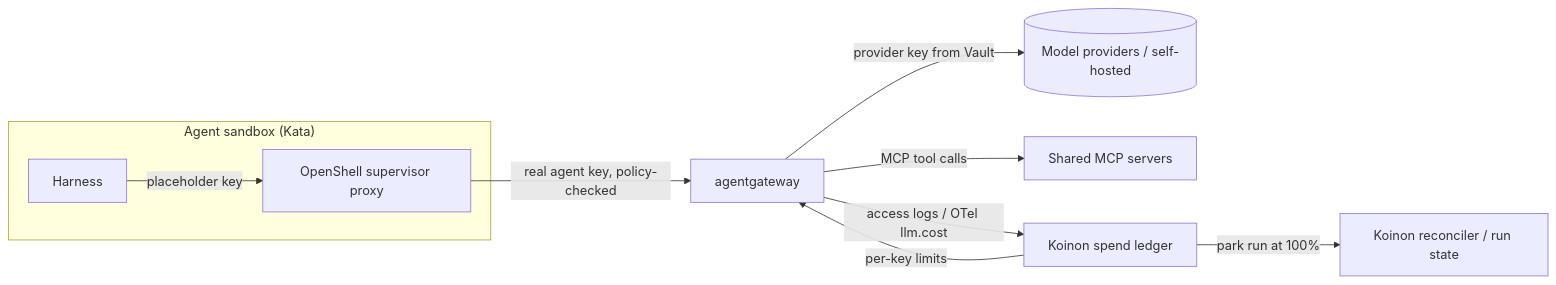
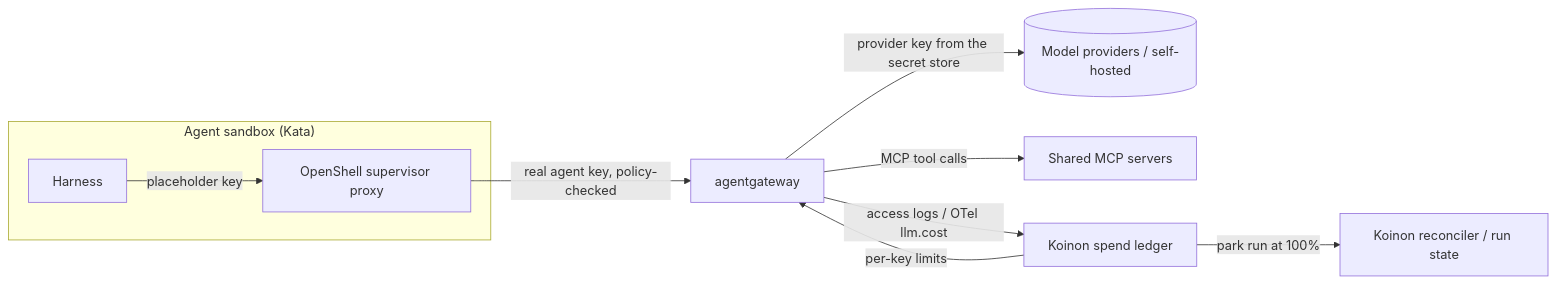
One commit to stateracloud/koinon changed the diagram in docs/adr/0040-agentgateway-model-and-mcp-gateway.md. Above: the diagram before and after it, drawn with Mermaid. The commit also changed other lines of this file and 7 other files, not shown here.

First line of the commit message:
docs: use generic terms for the secret store role

````diff
--- a/docs/adr/0040-agentgateway-model-and-mcp-gateway.md
+++ b/docs/adr/0040-agentgateway-model-and-mcp-gateway.md
@@ -66,12 +66,12 @@
 ```mermaid
 flowchart LR
   subgraph Sandbox["Agent sandbox (Kata)"]
     H[Harness] -->|placeholder key| S[OpenShell supervisor proxy]
   end
   S -->|real agent key, policy-checked| AG[agentgateway]
-  AG -->|provider key from Vault| P[(Model providers / self-hosted)]
+  AG -->|provider key from the secret store| P[(Model providers / self-hosted)]
   AG -->|MCP tool calls| M[Shared MCP servers]
   AG -->|access logs / OTel llm.cost| L[Koinon spend ledger]
   L -->|per-key limits| AG
   L -->|park run at 100%| R[Koinon reconciler / run state]
 ```
````
